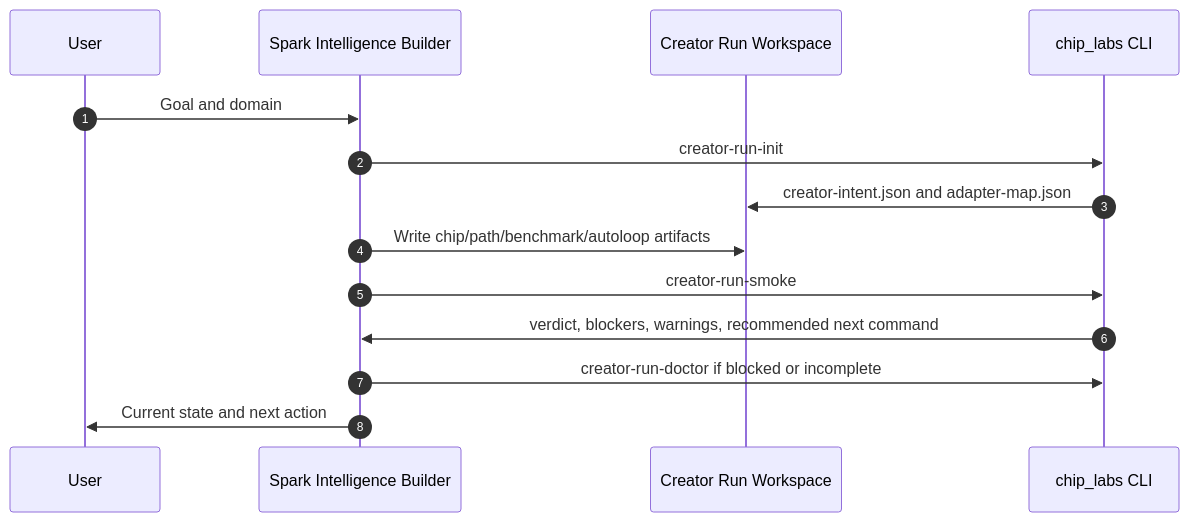
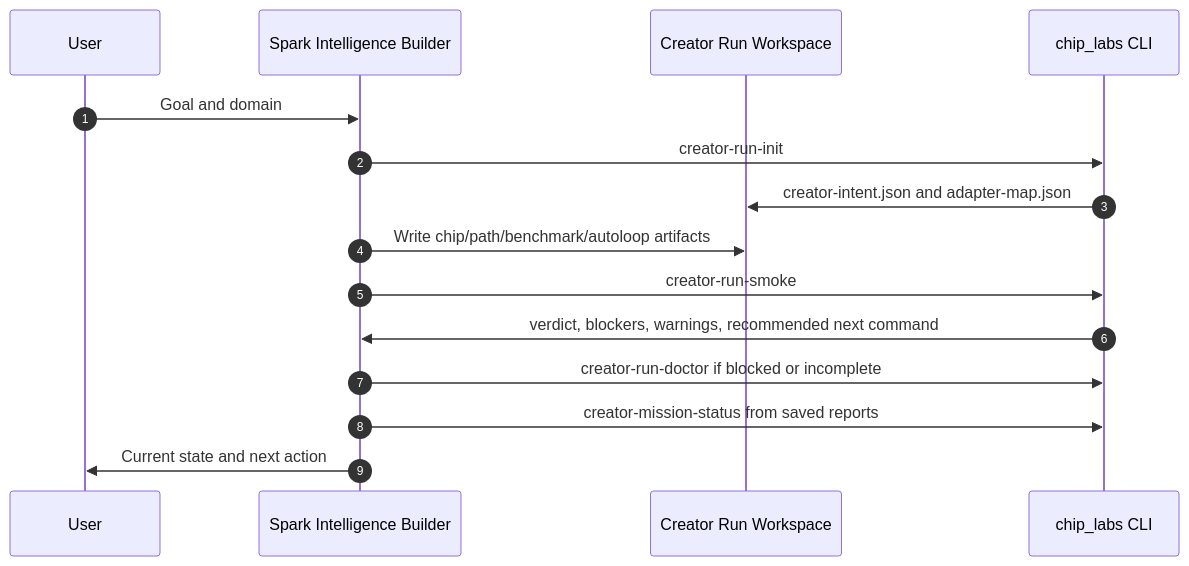
The first of 2 diagrams in docs/creator_system/PHASE_2_PRODUCT_FLOW_BACKLOG.md (vibeforge1111/spark-domain-chip-labs), drawn with Mermaid before and after one commit. The commit also changed other lines of this file and 3 other files, not shown here.

Commit message:
Align product flow docs to mission adapter

````diff
--- a/docs/creator_system/PHASE_2_PRODUCT_FLOW_BACKLOG.md
+++ b/docs/creator_system/PHASE_2_PRODUCT_FLOW_BACKLOG.md
@@ -28,17 +34,18 @@
 ```mermaid
 sequenceDiagram
   autonumber
   participant U as User
   participant B as Spark Intelligence Builder
   participant R as Creator Run Workspace
   participant C as chip_labs CLI
 
   U->>B: Goal and domain
   B->>C: creator-run-init
   C->>R: creator-intent.json and adapter-map.json
   B->>R: Write chip/path/benchmark/autoloop artifacts
   B->>C: creator-run-smoke
   C->>B: verdict, blockers, warnings, recommended next command
   B->>C: creator-run-doctor if blocked or incomplete
+  B->>C: creator-mission-status from saved reports
   B->>U: Current state and next action
 ```
````
